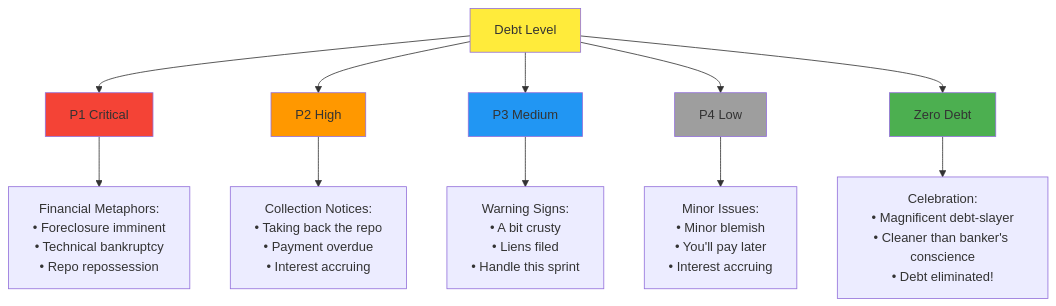
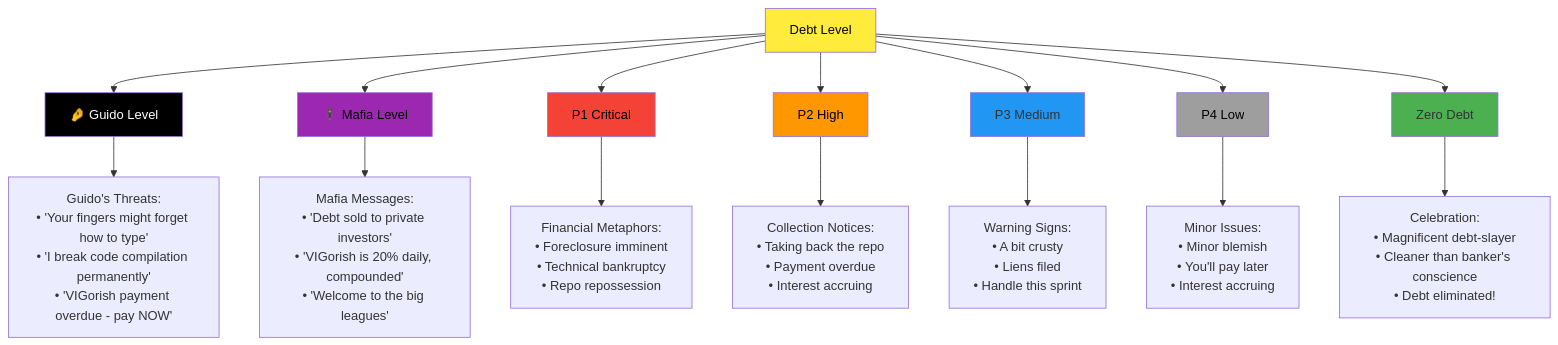
One commit to Jason-Vaughan/refuctor changed diagram 20 of 21 in REFUCTOR_MYTHOS.md. Above: the diagram before and after it, drawn with Mermaid. The commit also changed other lines of this file and 8 other files, not shown here.

Commit message:
feat: Complete mafia hierarchy + credit system + The Fixer role - authentic loan shark escalation with VIGorish, debt holidays, proper progression

````diff
--- a/REFUCTOR_MYTHOS.md
+++ b/REFUCTOR_MYTHOS.md
@@ -411,21 +866,27 @@
 ```mermaid
 graph TD
-    A["Debt Level"] --> B["P1 Critical"]
+    A["Debt Level"] --> Z["🤌 Guido Level"]
+    A --> Y["🕴️ Mafia Level"]
+    A --> B["P1 Critical"]
     A --> C["P2 High"]
     A --> D["P3 Medium"] 
     A --> E["P4 Low"]
     A --> F["Zero Debt"]
     
+    Z --> Z1["Guido's Threats:<br/>• 'Your fingers might forget how to type'<br/>• 'I break code compilation permanently'<br/>• 'VIGorish payment overdue - pay NOW'"]
+    Y --> Y1["Mafia Messages:<br/>• 'Debt sold to private investors'<br/>• 'VIGorish is 20% daily, compounded'<br/>• 'Welcome to the big leagues'"]
     B --> B1["Financial Metaphors:<br/>• Foreclosure imminent<br/>• Technical bankruptcy<br/>• Repo repossession"]
     C --> C1["Collection Notices:<br/>• Taking back the repo<br/>• Payment overdue<br/>• Interest accruing"]
     D --> D1["Warning Signs:<br/>• A bit crusty<br/>• Liens filed<br/>• Handle this sprint"]
     E --> E1["Minor Issues:<br/>• Minor blemish<br/>• You'll pay later<br/>• Interest accruing"]
     F --> F1["Celebration:<br/>• Magnificent debt-slayer<br/>• Cleaner than banker's conscience<br/>• Debt eliminated!"]
     
-    style A fill:#ffeb3b
-    style B fill:#f44336
-    style C fill:#ff9800
+    style A fill:#ffeb3b,color:#000000
+    style Z fill:#000000,color:#ffffff
+    style Y fill:#9c27b0,color:#000000
+    style B fill:#f44336,color:#000000
+    style C fill:#ff9800,color:#000000
     style D fill:#2196f3
-    style E fill:#9e9e9e
+    style E fill:#9e9e9e,color:#000000
     style F fill:#4caf50
 ```
````
